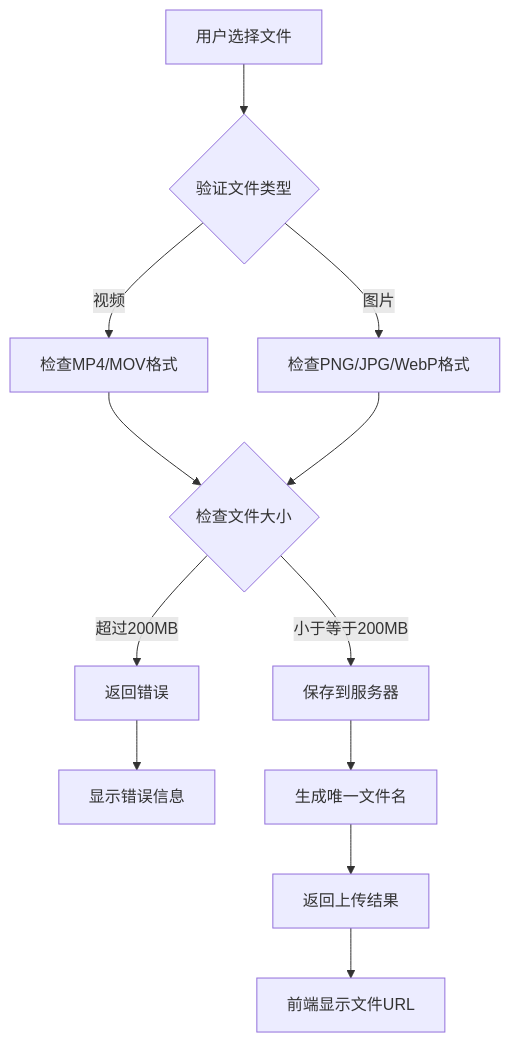
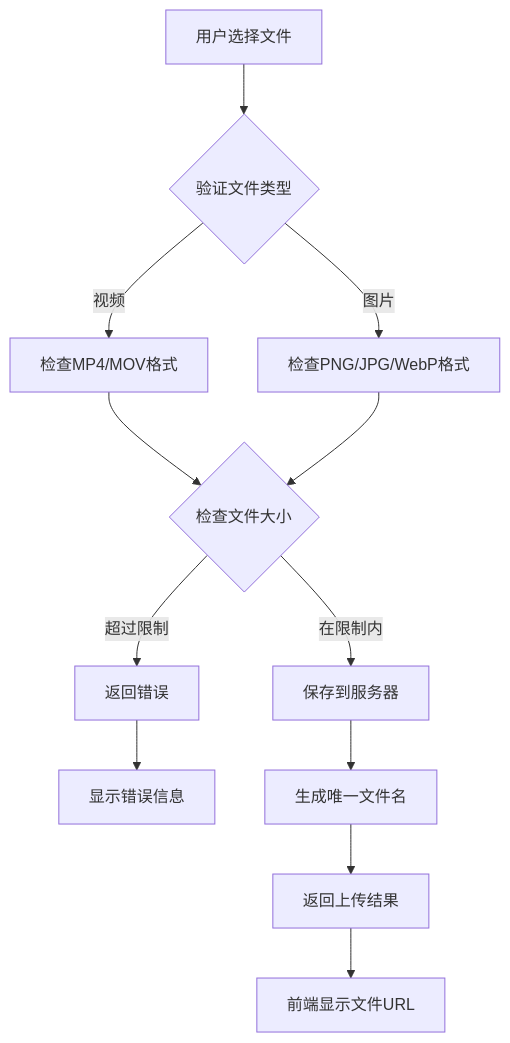
Before and after one commit to zuozuoliu740-cmd/xianxiong-news: the eighth of 16 diagrams in .qoder/repowiki/zh/content/核心功能模块/AI实验室模块.md, drawn with Mermaid. The commit also changed other lines of this file and 5 other files, not shown here.

Commit message:
P2: 接入通义万相图生视频API - 替换Mock为真实DashScope调用

````diff
--- a/.qoder/repowiki/zh/content/核心功能模块/AI实验室模块.md
+++ b/.qoder/repowiki/zh/content/核心功能模块/AI实验室模块.md
@@ -359,14 +381,14 @@
 ```mermaid
 flowchart TD
 A[用户选择文件] --> B{验证文件类型}
 B --> |视频| C[检查MP4/MOV格式]
 B --> |图片| D[检查PNG/JPG/WebP格式]
 C --> E{检查文件大小}
 D --> E
-E --> |超过200MB| F[返回错误]
-E --> |小于等于200MB| G[保存到服务器]
+E --> |超过限制| F[返回错误]
+E --> |在限制内| G[保存到服务器]
 F --> H[显示错误信息]
 G --> I[生成唯一文件名]
 I --> J[返回上传结果]
 J --> K[前端显示文件URL]
 ```
````
